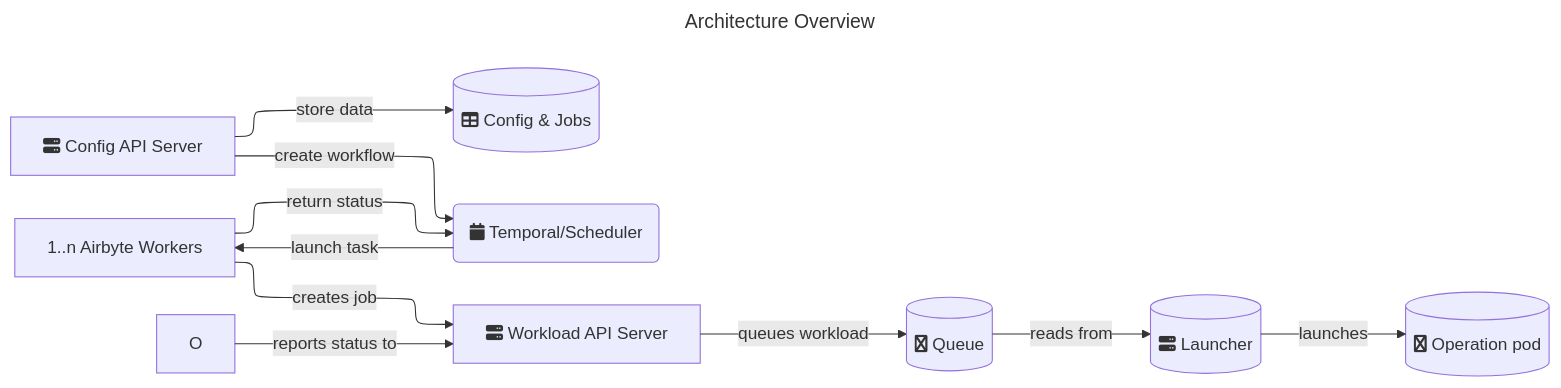
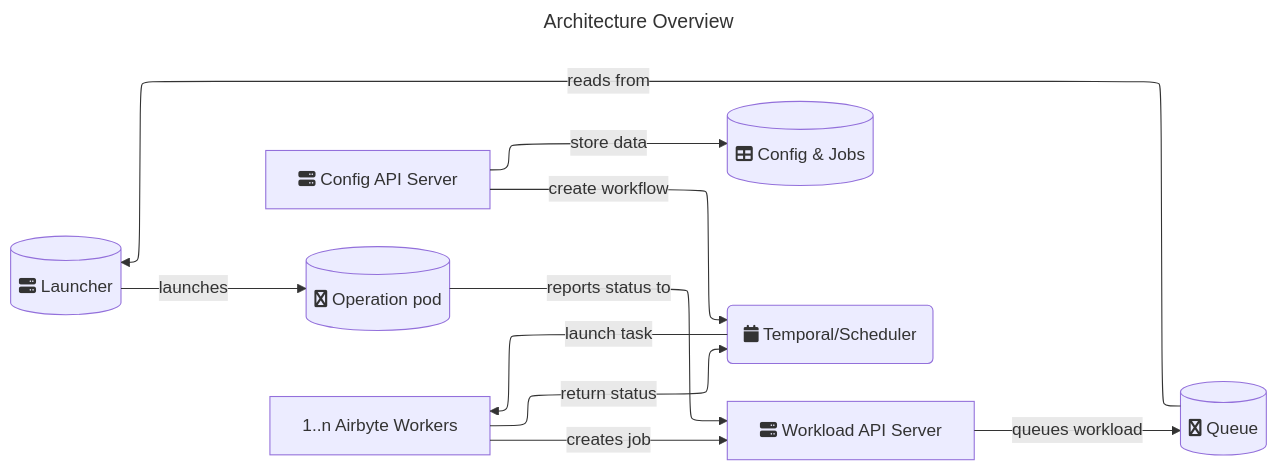
One commit to airbytehq/airbyte changed the first of 3 diagrams in docs/platform/understanding-airbyte/high-level-view.md. Above: the diagram before and after it, drawn with Mermaid. The commit also changed other lines of this file, not shown here.

Commit message:
Update the architecture overview

````diff
--- a/docs/platform/understanding-airbyte/high-level-view.md
+++ b/docs/platform/understanding-airbyte/high-level-view.md
@@ -44,25 +20,25 @@
 ```mermaid
 ---
 title: Architecture Overview
 ---
 %%{init: {"flowchart": {"defaultRenderer": "elk"}} }%%
 flowchart LR
     S[fa:fa-server Config API Server]
     D[(fa:fa-table Config & Jobs)]
     L[(fa:fa-server Launcher)]
     OP[(fa:fa-superpowers Operation pod)]
     Q[(fa:fa-superpowers Queue)]
     T(fa:fa-calendar Temporal/Scheduler)
     W2[1..n Airbyte Workers]
     WL[fa:fa-server Workload API Server]
     
     S -->|store data| D
     S -->|create workflow| T
     T -->|launch task| W2
     W2 -->|return status| T
     W2 -->|creates job| WL
     WL -->|queues workload| Q
     Q  -->|reads from| L
     L -->|launches| OP
-    O -->|reports status to| WL
+    OP -->|reports status to| WL
 ```
````
